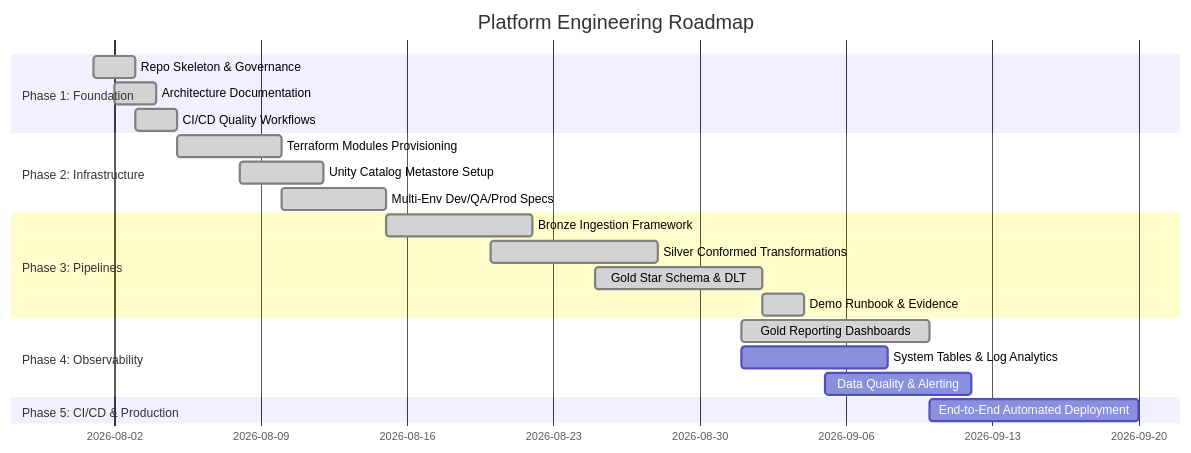
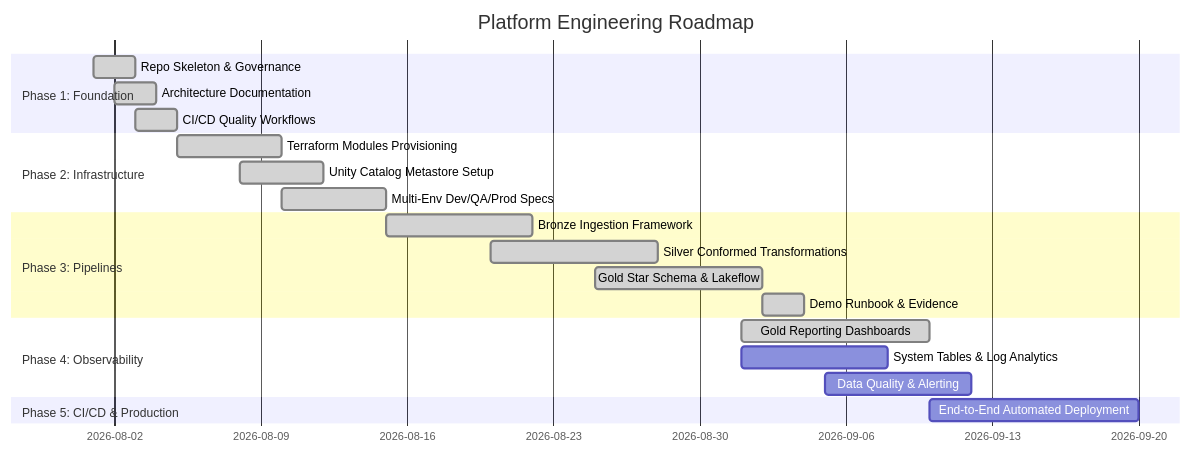
One commit to An0N-ops/Azure-Databricks-Lakehouse-Platform changed the diagram in docs/project-roadmap.md. Above: the diagram before and after it, drawn with Mermaid. The commit also changed other lines of this file and 10 other files, not shown here.

````diff
--- a/docs/project-roadmap.md
+++ b/docs/project-roadmap.md
@@ -11,24 +11,24 @@
 ```mermaid
 gantt
     title Platform Engineering Roadmap
     dateFormat  YYYY-MM-DD
     section Phase 1: Foundation
     Repo Skeleton & Governance       :done, p1_1, 2026-08-01, 2026-08-03
     Architecture Documentation      :done, p1_2, 2026-08-02, 2026-08-04
     CI/CD Quality Workflows          :done, p1_3, 2026-08-03, 2026-08-05
     section Phase 2: Infrastructure
     Terraform Modules Provisioning   :done, p2_1, 2026-08-05, 2026-08-10
     Unity Catalog Metastore Setup    :done, p2_2, 2026-08-08, 2026-08-12
     Multi-Env Dev/QA/Prod Specs      :done, p2_3, 2026-08-10, 2026-08-15
     section Phase 3: Pipelines
     Bronze Ingestion Framework      :done, p3_1, 2026-08-15, 2026-08-22
     Silver Conformed Transformations :done, p3_2, 2026-08-20, 2026-08-28
-    Gold Star Schema & DLT          :done, p3_3, 2026-08-25, 2026-09-02
+    Gold Star Schema & Lakeflow     :done, p3_3, 2026-08-25, 2026-09-02
     Demo Runbook & Evidence         :done, p3_4, 2026-09-02, 2026-09-04
     section Phase 4: Observability
     Gold Reporting Dashboards        :done, p4_0, 2026-09-01, 2026-09-10
     System Tables & Log Analytics   : p4_1, 2026-09-01, 2026-09-08
     Data Quality & Alerting         : p4_2, 2026-09-05, 2026-09-12
     section Phase 5: CI/CD & Production
     End-to-End Automated Deployment  : p5_1, 2026-09-10, 2026-09-20
 ```
````
